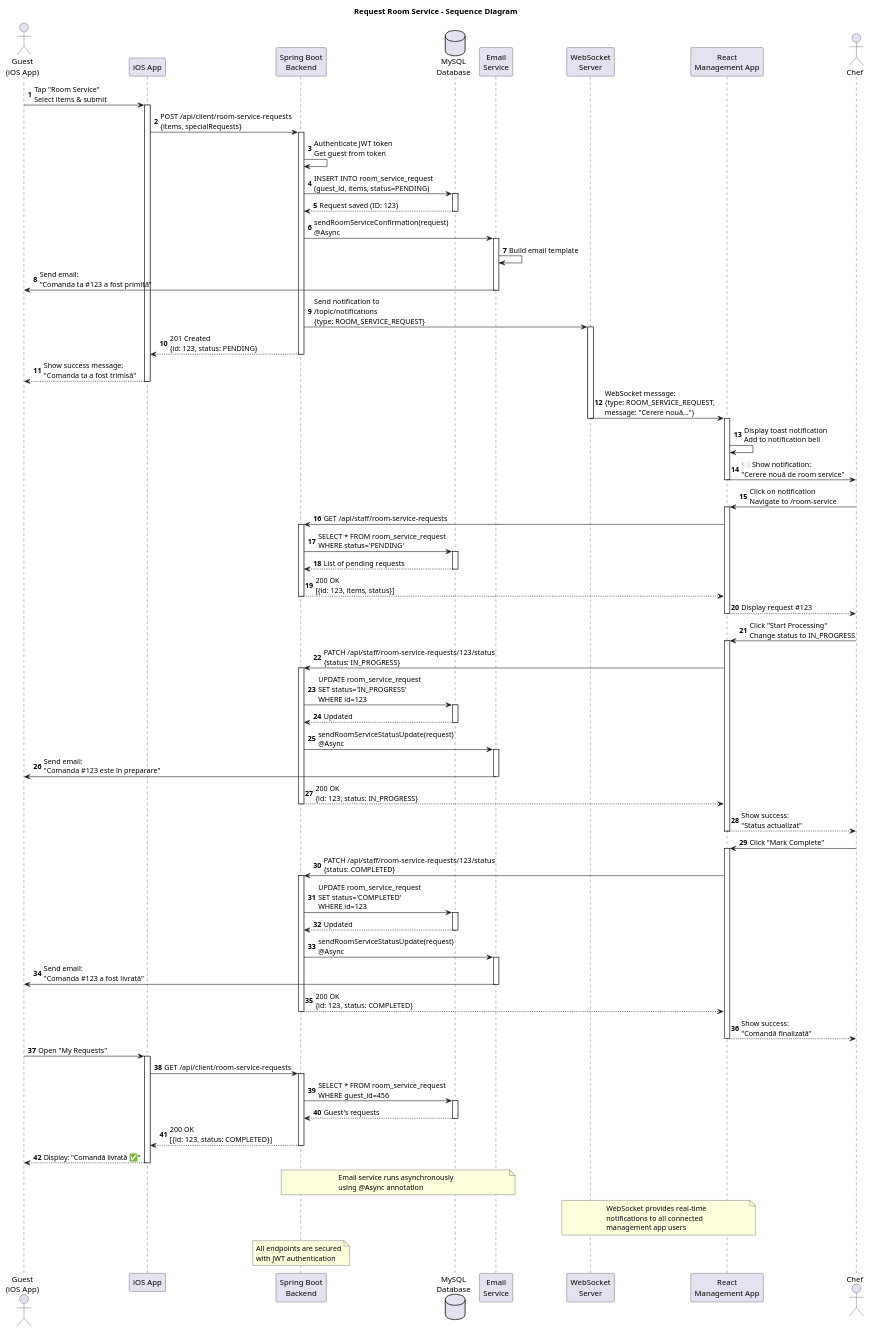
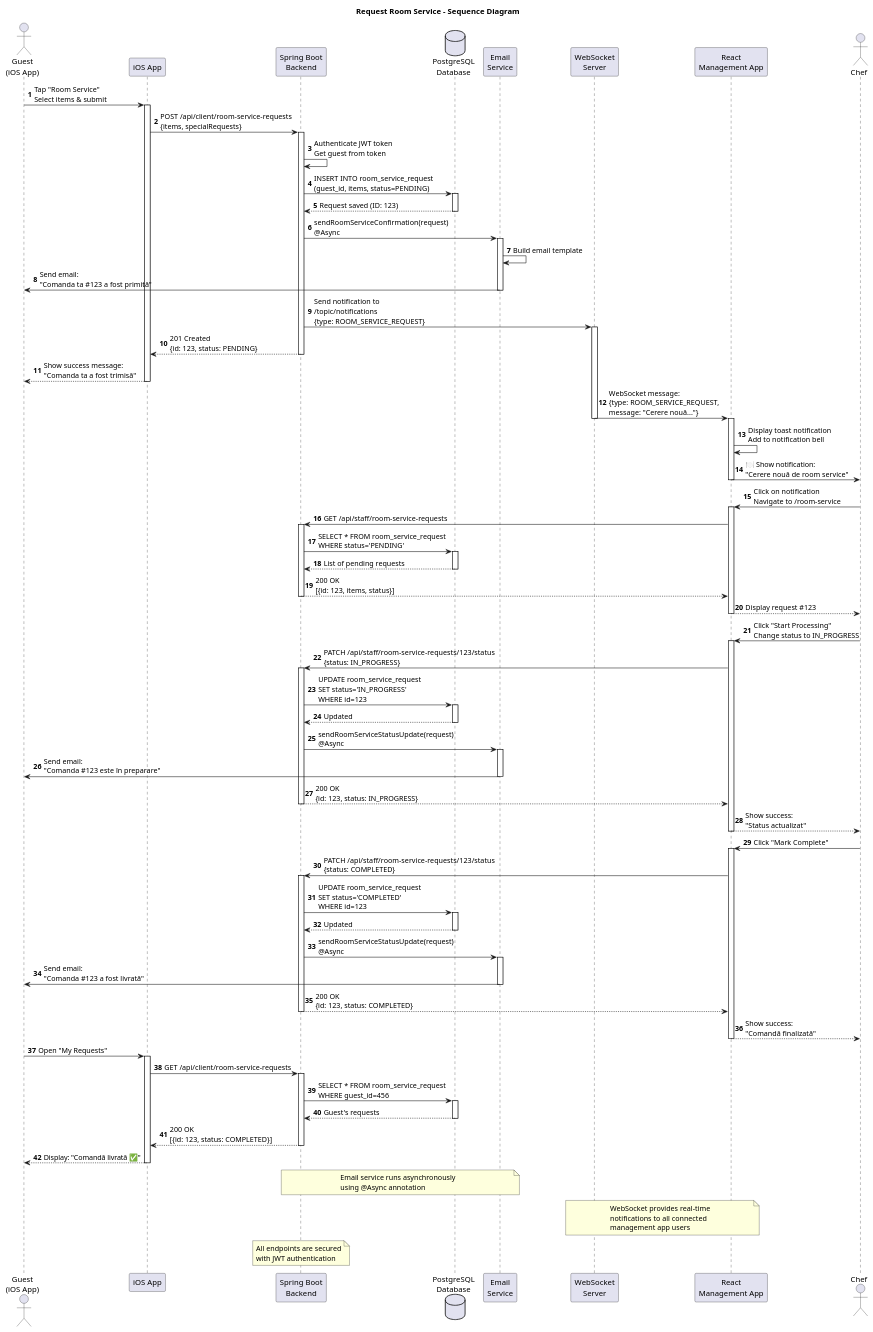
Before and after one commit to robertib24/HotelStaffGuests: the diagram in diagrams/sequence-diagram-room-service.puml, drawn with PlantUML. The commit also changed 1 other file, not shown here.

Commit message:
Fix database type in UML diagrams from MySQL to PostgreSQL
Corrected documentation to reflect that the project uses PostgreSQL:
- Updated sequence diagram participant from 'MySQL Database' to 'PostgreSQL Database'
- Updated README.md to specify PostgreSQL instead of MySQL
- Added ACID compliance note for PostgreSQL

```diff
--- a/diagrams/sequence-diagram-room-service.puml
+++ b/diagrams/sequence-diagram-room-service.puml
@@ -1,148 +1,148 @@
 @startuml Room Service Request - Sequence Diagram
 
 title Request Room Service - Sequence Diagram
 
 ' Participants
 actor "Guest\n(iOS App)" as Guest
 participant "iOS App" as iOS
 participant "Spring Boot\nBackend" as Backend
-database "MySQL\nDatabase" as DB
+database "PostgreSQL\nDatabase" as DB
 participant "Email\nService" as Email
 participant "WebSocket\nServer" as WS
 participant "React\nManagement App" as React
 actor "Chef" as Chef
 
 ' === Phase 1: Guest Creates Room Service Request ===
 autonumber
 Guest -> iOS: Tap "Room Service"\nSelect items & submit
 activate iOS
 
 iOS -> Backend: POST /api/client/room-service-requests\n{items, specialRequests}
 activate Backend
 
 Backend -> Backend: Authenticate JWT token\nGet guest from token
 Backend -> DB: INSERT INTO room_service_request\n(guest_id, items, status=PENDING)
 activate DB
 DB --> Backend: Request saved (ID: 123)
 deactivate DB
 
 ' === Phase 2: Send Notifications ===
 Backend -> Email: sendRoomServiceConfirmation(request)\n@Async
 activate Email
 Email -> Email: Build email template
 Email -> Guest: Send email:\n"Comanda ta #123 a fost primită"
 deactivate Email
 
 Backend -> WS: Send notification to\n/topic/notifications\n{type: ROOM_SERVICE_REQUEST}
 activate WS
 
 Backend --> iOS: 201 Created\n{id: 123, status: PENDING}
 deactivate Backend
 
 iOS --> Guest: Show success message:\n"Comanda ta a fost trimisă"
 deactivate iOS
 
 ' === Phase 3: WebSocket Notification to Management App ===
 WS -> React: WebSocket message:\n{type: ROOM_SERVICE_REQUEST,\nmessage: "Cerere nouă..."}
 deactivate WS
 activate React
 
 React -> React: Display toast notification\nAdd to notification bell
 React -> Chef: 🍽️ Show notification:\n"Cerere nouă de room service"
 deactivate React
 
 ' === Phase 4: Chef Processes Order ===
 Chef -> React: Click on notification\nNavigate to /room-service
 activate React
 
 React -> Backend: GET /api/staff/room-service-requests
 activate Backend
 Backend -> DB: SELECT * FROM room_service_request\nWHERE status='PENDING'
 activate DB
 DB --> Backend: List of pending requests
 deactivate DB
 Backend --> React: 200 OK\n[{id: 123, items, status}]
 deactivate Backend
 
 React --> Chef: Display request #123
 deactivate React
 
 Chef -> React: Click "Start Processing"\nChange status to IN_PROGRESS
 activate React
 
 React -> Backend: PATCH /api/staff/room-service-requests/123/status\n{status: IN_PROGRESS}
 activate Backend
 
 Backend -> DB: UPDATE room_service_request\nSET status='IN_PROGRESS'\nWHERE id=123
 activate DB
 DB --> Backend: Updated
 deactivate DB
 
 Backend -> Email: sendRoomServiceStatusUpdate(request)\n@Async
 activate Email
 Email -> Guest: Send email:\n"Comanda #123 este în preparare"
 deactivate Email
 
 Backend --> React: 200 OK\n{id: 123, status: IN_PROGRESS}
 deactivate Backend
 
 React --> Chef: Show success:\n"Status actualizat"
 deactivate React
 
 ' === Phase 5: Chef Completes Order ===
 Chef -> React: Click "Mark Complete"
 activate React
 
 React -> Backend: PATCH /api/staff/room-service-requests/123/status\n{status: COMPLETED}
 activate Backend
 
 Backend -> DB: UPDATE room_service_request\nSET status='COMPLETED'\nWHERE id=123
 activate DB
 DB --> Backend: Updated
 deactivate DB
 
 Backend -> Email: sendRoomServiceStatusUpdate(request)\n@Async
 activate Email
 Email -> Guest: Send email:\n"Comanda #123 a fost livrată"
 deactivate Email
 
 Backend --> React: 200 OK\n{id: 123, status: COMPLETED}
 deactivate Backend
 
 React --> Chef: Show success:\n"Comandă finalizată"
 deactivate React
 
 ' === Phase 6: Guest Views Status (Optional) ===
 Guest -> iOS: Open "My Requests"
 activate iOS
 
 iOS -> Backend: GET /api/client/room-service-requests
 activate Backend
 Backend -> DB: SELECT * FROM room_service_request\nWHERE guest_id=456
 activate DB
 DB --> Backend: Guest's requests
 deactivate DB
 Backend --> iOS: 200 OK\n[{id: 123, status: COMPLETED}]
 deactivate Backend
 
 iOS --> Guest: Display: "Comandă livrată ✅"
 deactivate iOS
 
 ' Notes
 note over Backend, Email
   Email service runs asynchronously
   using @Async annotation
 end note
 
 note over WS, React
   WebSocket provides real-time
   notifications to all connected
   management app users
 end note
 
 note over Backend
   All endpoints are secured
   with JWT authentication
 end note
 
 @enduml
```
